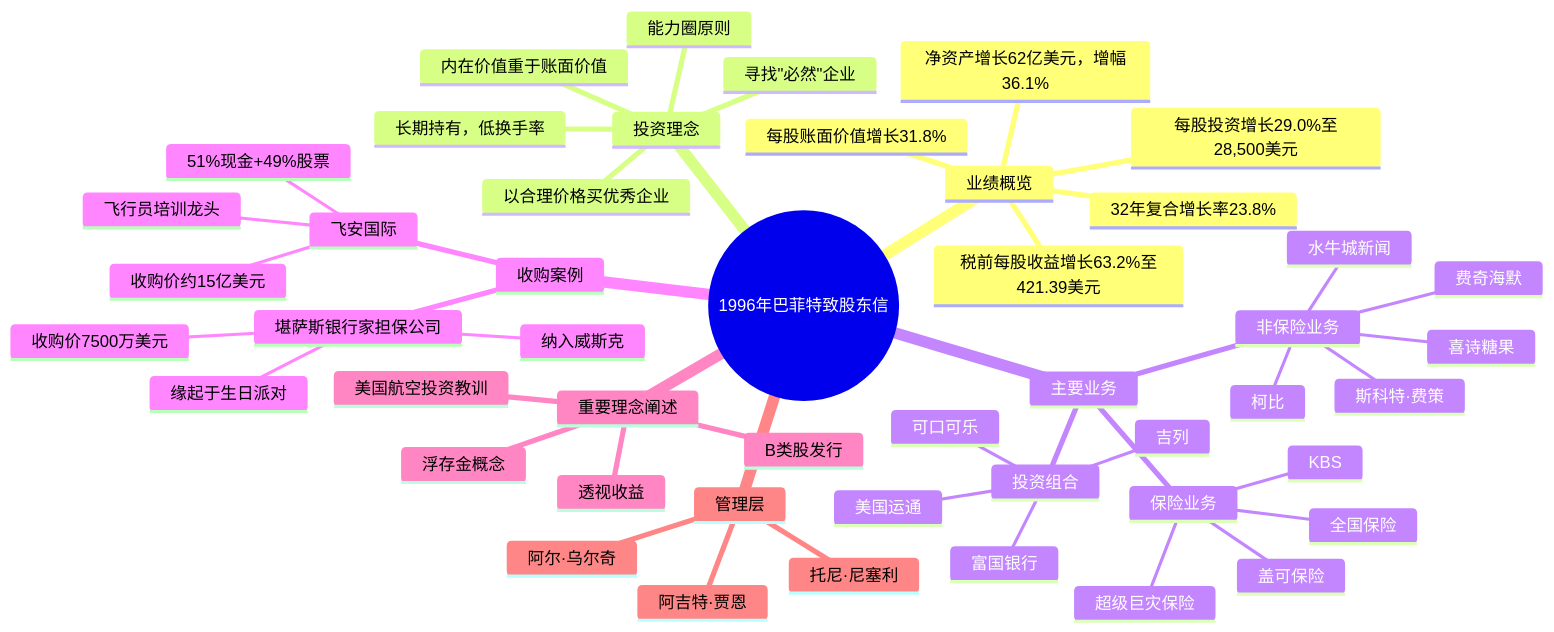
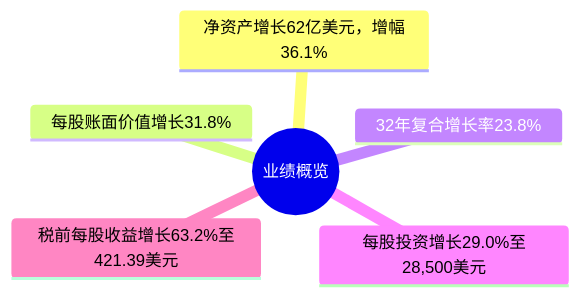
One commit to carllhm/buffett-knowledge-base changed the second of 7 diagrams in docs/01_letters/1996年/思维导图.md. Above: the diagram before and after it, drawn with Mermaid. The commit also changed other lines of this file and 719 other files, not shown here.

Commit message:
思维导图重构：两级结构，总览+折叠子导图

````diff
--- a/docs/01_letters/1996年/思维导图.md
+++ b/docs/01_letters/1996年/思维导图.md
@@ -7,51 +61,9 @@
 ```mermaid
 mindmap
-  root((1996年巴菲特致股东信))
-    业绩概览
-      净资产增长62亿美元，增幅36.1%
-      每股账面价值增长31.8%
-      32年复合增长率23.8%
-      每股投资增长29.0%至28,500美元
-      税前每股收益增长63.2%至421.39美元
-    投资理念
-      内在价值重于账面价值
-      长期持有，低换手率
-      寻找"必然"企业
-      能力圈原则
-      以合理价格买优秀企业
-    主要业务
-      保险业务
-        盖可保险
-        超级巨灾保险
-        全国保险
-        KBS
-      非保险业务
-        喜诗糖果
-        水牛城新闻
-        柯比
-        斯科特·费策
-        费奇海默
-      投资组合
-        可口可乐
-        美国运通
-        吉列
-        富国银行
-    收购案例
-      堪萨斯银行家担保公司
-        收购价7500万美元
-        缘起于生日派对
-        纳入威斯克
-      飞安国际
-        收购价约15亿美元
-        飞行员培训龙头
-        51%现金+49%股票
-    重要理念阐述
-      浮存金概念
-      透视收益
-      B类股发行
-      美国航空投资教训
-    管理层
-      托尼·尼塞利
-      阿吉特·贾恩
-      阿尔·乌尔奇
+  root((业绩概览))
+    净资产增长62亿美元，增幅36.1%
+    每股账面价值增长31.8%
+    32年复合增长率23.8%
+    每股投资增长29.0%至28,500美元
+    税前每股收益增长63.2%至421.39美元
 ```
````
